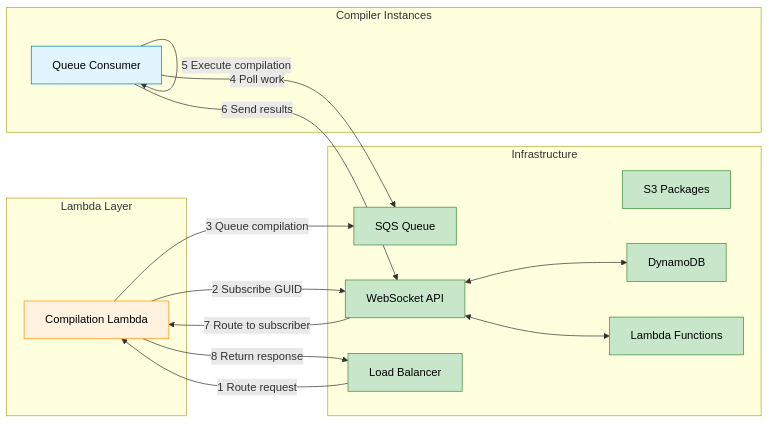
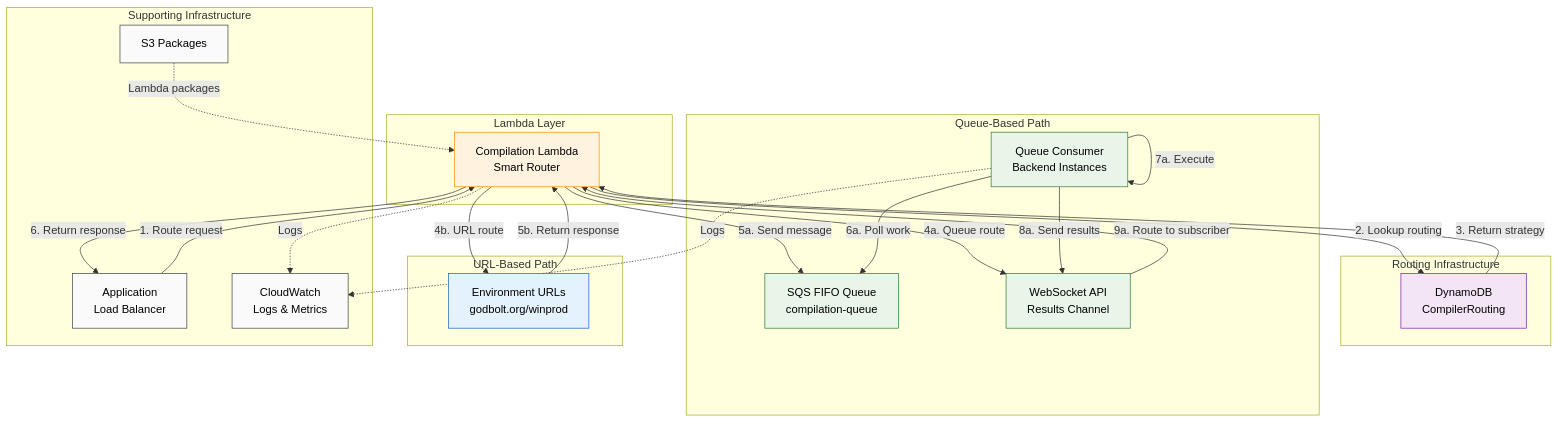
Before and after one commit to compiler-explorer/infra: the third of 4 diagrams in docs/lambda_compilation_workflow.md, drawn with Mermaid. The commit also changed other lines of this file, not shown here.

First line of the commit message:
Update Lambda compilation workflow documentation for hybrid routing

````diff
--- a/docs/lambda_compilation_workflow.md
+++ b/docs/lambda_compilation_workflow.md
@@ -94,41 +211,63 @@
 ```mermaid
-graph LR
+graph TB
     subgraph lambda [Lambda Layer]
-        LF[Compilation Lambda]
+        LF[Compilation Lambda<br/>Smart Router]
     end
 
-    subgraph instances [Compiler Instances]
-        CI[Queue Consumer]
+    subgraph routing [Routing Infrastructure]
+        RT[DynamoDB<br/>CompilerRouting]
     end
 
-    subgraph infra [Infrastructure]
-        S3[S3 Packages]
-        SQS[SQS Queue]
-        WS[WebSocket API]
-        ALB[Load Balancer]
-        DDB[DynamoDB]
-        LMB[Lambda Functions]
+    subgraph queue_path [Queue-Based Path]
+        SQS[SQS FIFO Queue<br/>compilation-queue]
+        WS[WebSocket API<br/>Results Channel]
+        CI[Queue Consumer<br/>Backend Instances]
     end
 
-    ALB -->|1 Route request| LF
-    LF -->|2 Subscribe GUID| WS
-    LF -->|3 Queue compilation| SQS
+    subgraph url_path [URL-Based Path]
+        ENV[Environment URLs<br/>godbolt.org/winprod]
+    end
 
-    CI -->|4 Poll work| SQS
-    CI -->|5 Execute compilation| CI
-    CI -->|6 Send results| WS
+    subgraph infra [Supporting Infrastructure]
+        ALB[Application<br/>Load Balancer]
+        S3[S3 Packages]
+        CW[CloudWatch<br/>Logs & Metrics]
+    end
 
-    WS -->|7 Route to subscriber| LF
-    LF -->|8 Return response| ALB
+    %% Main flow
+    ALB -->|1. Route request| LF
+    LF -->|2. Lookup routing| RT
+    RT -->|3. Return strategy| LF
+    
+    %% Queue routing path
+    LF -->|4a. Queue route| WS
+    LF -->|5a. Send message| SQS
+    CI -->|6a. Poll work| SQS
+    CI -->|7a. Execute| CI
+    CI -->|8a. Send results| WS
+    WS -->|9a. Route to subscriber| LF
+    
+    %% URL routing path  
+    LF -->|4b. URL route| ENV
+    ENV -->|5b. Return response| LF
+    
+    %% Response
+    LF -->|6. Return response| ALB
 
-    WS <--> DDB
-    WS <--> LMB
+    %% Supporting connections
+    LF -.->|Logs| CW
+    CI -.->|Logs| CW
+    S3 -.->|Lambda packages| LF
 
     classDef lambda fill:#fff3e0,stroke:#ff8f00,color:#000
-    classDef instance fill:#e1f5fe,stroke:#0277bd,color:#000
-    classDef service fill:#c8e6c9,stroke:#388e3c,color:#000
+    classDef routing fill:#f3e5f5,stroke:#7b1fa2,color:#000
+    classDef queue fill:#e8f5e8,stroke:#2e7d32,color:#000
+    classDef url fill:#e3f2fd,stroke:#1565c0,color:#000
+    classDef infra fill:#fafafa,stroke:#424242,color:#000
 
     class LF lambda
-    class CI instance
-    class S3,SQS,WS,DDB,LMB,ALB service
+    class RT routing
+    class SQS,WS,CI queue
+    class ENV url
+    class ALB,S3,CW infra
 ```
````
